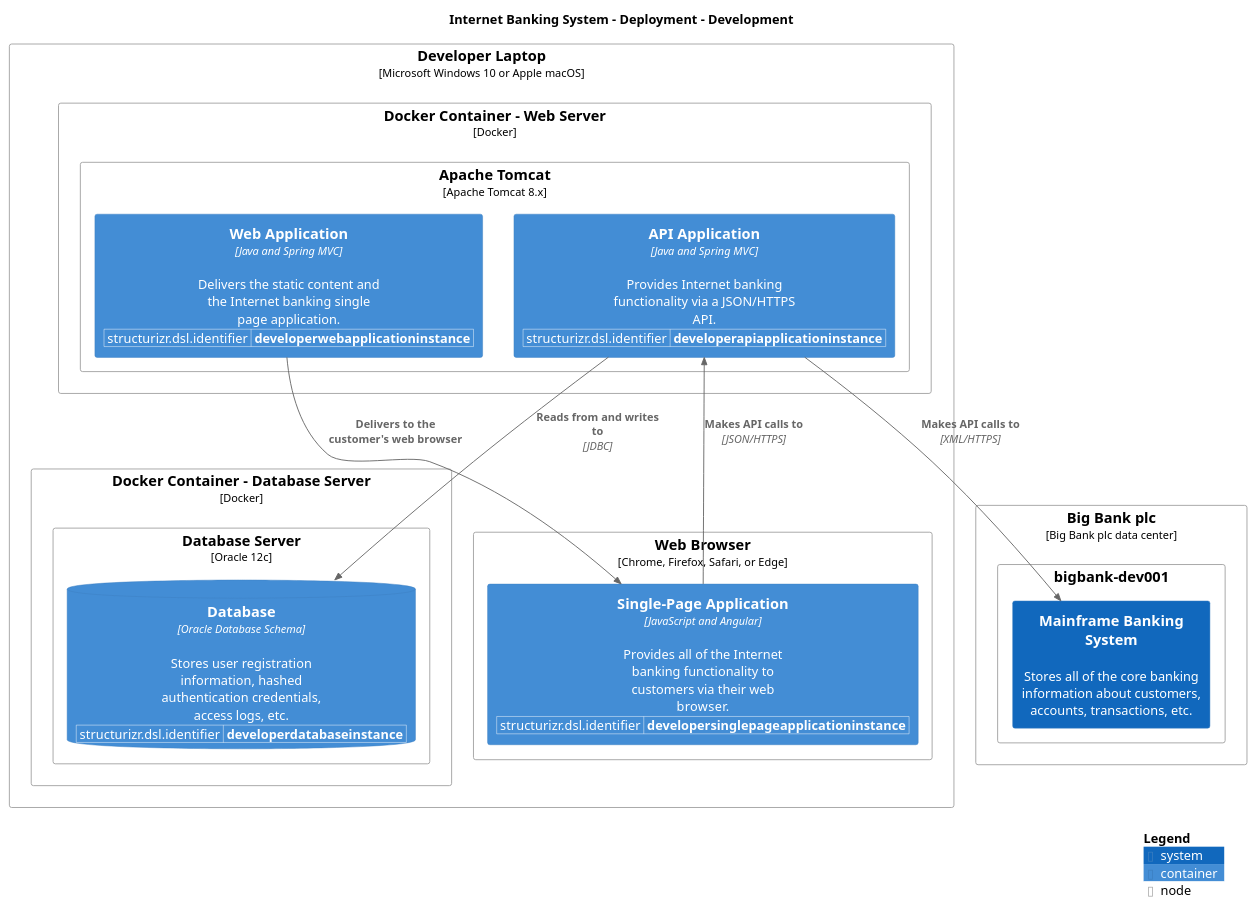
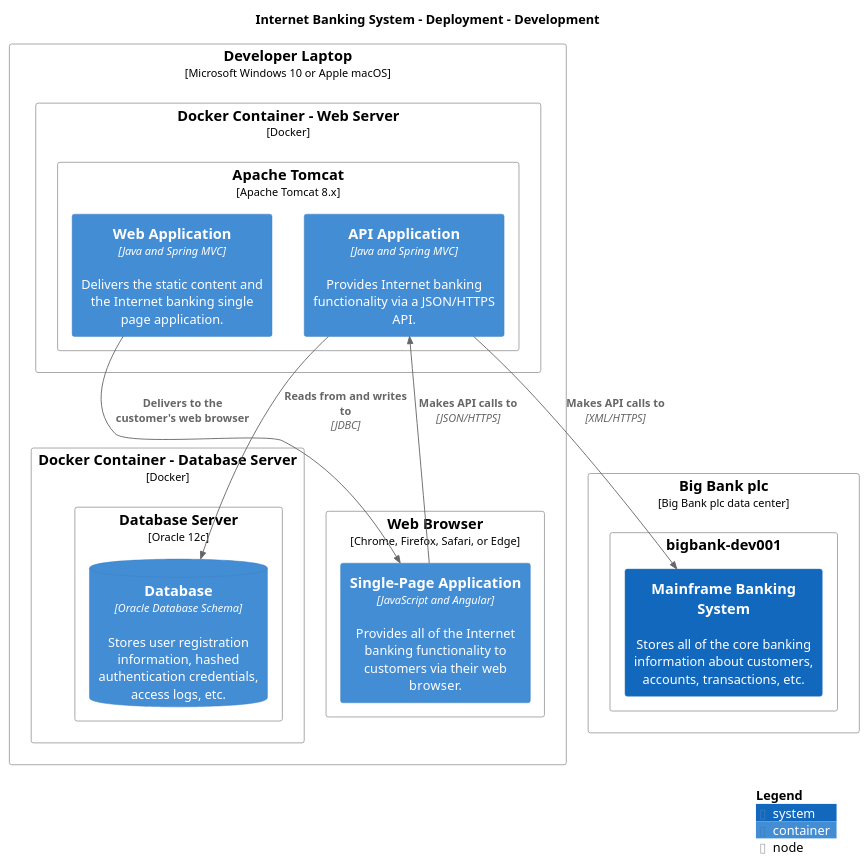
The diagram in puml/DevelopmentDeployment-DevelopmentDeployment.puml (avisi-cloud/structurizr-site-generatr), drawn with PlantUML before and after one commit. The commit also changed 76 other files, not shown here.

```diff
--- a/puml/DevelopmentDeployment-DevelopmentDeployment.puml
+++ b/puml/DevelopmentDeployment-DevelopmentDeployment.puml
@@ -1,57 +1,49 @@
 @startuml
 set separator none
 title Internet Banking System - Deployment - Development
 
 top to bottom direction
 
 !include https://raw.githubusercontent.com/plantuml-stdlib/C4-PlantUML/master/C4.puml
 !include https://raw.githubusercontent.com/plantuml-stdlib/C4-PlantUML/master/C4_Context.puml
 !include https://raw.githubusercontent.com/plantuml-stdlib/C4-PlantUML/master/C4_Container.puml
 !include https://raw.githubusercontent.com/plantuml-stdlib/C4-PlantUML/master/C4_Deployment.puml
 
 skinparam svgDimensionStyle false
 skinparam preserveAspectRatio meet
 Deployment_Node(Development.DeveloperLaptop, "Developer Laptop", "Microsoft Windows 10 or Apple macOS", $tags="") {
   Deployment_Node(Development.DeveloperLaptop.DockerContainerDatabaseServer, "Docker Container - Database Server", "Docker", $tags="") {
     Deployment_Node(Development.DeveloperLaptop.DockerContainerDatabaseServer.DatabaseServer, "Database Server", "Oracle 12c", $tags="") {
-      WithoutPropertyHeader()
-      AddProperty("structurizr.dsl.identifier","developerdatabaseinstance")
       ContainerDb(Development.DeveloperLaptop.DockerContainerDatabaseServer.DatabaseServer.Database_1, "Database", "Oracle Database Schema", "Stores user registration information, hashed authentication credentials, access logs, etc.", $tags="")
     }
 
   }
 
   Deployment_Node(Development.DeveloperLaptop.DockerContainerWebServer, "Docker Container - Web Server", "Docker", $tags="") {
     Deployment_Node(Development.DeveloperLaptop.DockerContainerWebServer.ApacheTomcat, "Apache Tomcat", "Apache Tomcat 8.x", $tags="") {
-      WithoutPropertyHeader()
-      AddProperty("structurizr.dsl.identifier","developerapiapplicationinstance")
       Container(Development.DeveloperLaptop.DockerContainerWebServer.ApacheTomcat.APIApplication_1, "API Application", "Java and Spring MVC", "Provides Internet banking functionality via a JSON/HTTPS API.", $tags="")
-      WithoutPropertyHeader()
-      AddProperty("structurizr.dsl.identifier","developerwebapplicationinstance")
       Container(Development.DeveloperLaptop.DockerContainerWebServer.ApacheTomcat.WebApplication_1, "Web Application", "Java and Spring MVC", "Delivers the static content and the Internet banking single page application.", $tags="")
     }
 
   }
 
   Deployment_Node(Development.DeveloperLaptop.WebBrowser, "Web Browser", "Chrome, Firefox, Safari, or Edge", $tags="") {
-    WithoutPropertyHeader()
-    AddProperty("structurizr.dsl.identifier","developersinglepageapplicationinstance")
     Container(Development.DeveloperLaptop.WebBrowser.SinglePageApplication_1, "Single-Page Application", "JavaScript and Angular", "Provides all of the Internet banking functionality to customers via their web browser.", $tags="")
   }
 
 }
 
 Deployment_Node(Development.BigBankplc, "Big Bank plc", "Big Bank plc data center", $tags="") {
   Deployment_Node(Development.BigBankplc.bigbankdev001, "bigbank-dev001", $tags="") {
     System(Development.BigBankplc.bigbankdev001.MainframeBankingSystem_1, "Mainframe Banking System", "Stores all of the core banking information about customers, accounts, transactions, etc.", $tags="")
   }
 
 }
 
 Rel_D(Development.DeveloperLaptop.DockerContainerWebServer.ApacheTomcat.WebApplication_1, Development.DeveloperLaptop.WebBrowser.SinglePageApplication_1, "Delivers to the customer's web browser", $tags="")
 Rel_D(Development.DeveloperLaptop.WebBrowser.SinglePageApplication_1, Development.DeveloperLaptop.DockerContainerWebServer.ApacheTomcat.APIApplication_1, "Makes API calls to", "JSON/HTTPS", $tags="")
 Rel_D(Development.DeveloperLaptop.DockerContainerWebServer.ApacheTomcat.APIApplication_1, Development.DeveloperLaptop.DockerContainerDatabaseServer.DatabaseServer.Database_1, "Reads from and writes to", "JDBC", $tags="")
 Rel_D(Development.DeveloperLaptop.DockerContainerWebServer.ApacheTomcat.APIApplication_1, Development.BigBankplc.bigbankdev001.MainframeBankingSystem_1, "Makes API calls to", "XML/HTTPS", $tags="")
 
 SHOW_LEGEND(true)
 @enduml
```
